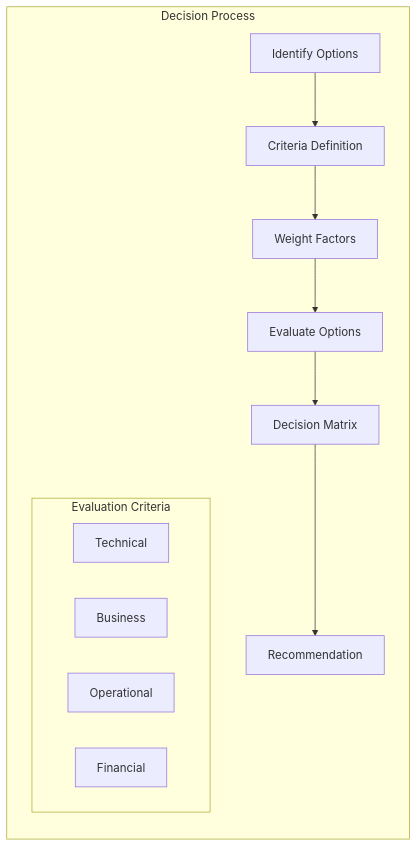
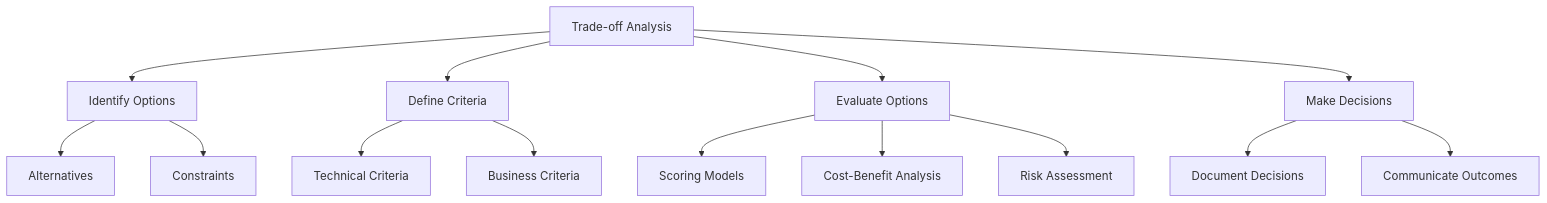
The diagram in src/Trade_off_Analysis.md (saravanakumarrc/Architecture_Journey), drawn with Mermaid before and after one commit. The commit also changed other lines of this file and 4 other files, not shown here.

Commit message:
Add comprehensive documentation for Technical Roadmap Planning, including key principles, roadmap components, best practices, and tools to align technical initiatives with business goals.

````diff
--- a/src/Trade_off_Analysis.md
+++ b/src/Trade_off_Analysis.md
@@ -136,19 +6,20 @@
 ```mermaid
-graph TB
-    subgraph "Decision Process"
-        direction TB
-        
-        I[Identify Options] --> C[Criteria Definition]
-        C --> W[Weight Factors]
-        W --> E[Evaluate Options]
-        E --> D[Decision Matrix]
-        D --> R[Recommendation]
-        
-        subgraph "Evaluation Criteria"
-            T[Technical]
-            B[Business]
-            O[Operational]
-            F[Financial]
-        end
-    end
+graph TD
+    A[Trade-off Analysis] --> B[Identify Options]
+    A --> C[Define Criteria]
+    A --> D[Evaluate Options]
+    A --> E[Make Decisions]
+    
+    B --> F[Alternatives]
+    B --> G[Constraints]
+    
+    C --> H[Technical Criteria]
+    C --> I[Business Criteria]
+    
+    D --> J[Scoring Models]
+    D --> K[Cost-Benefit Analysis]
+    D --> L[Risk Assessment]
+    
+    E --> M[Document Decisions]
+    E --> N[Communicate Outcomes]
 ```
````
